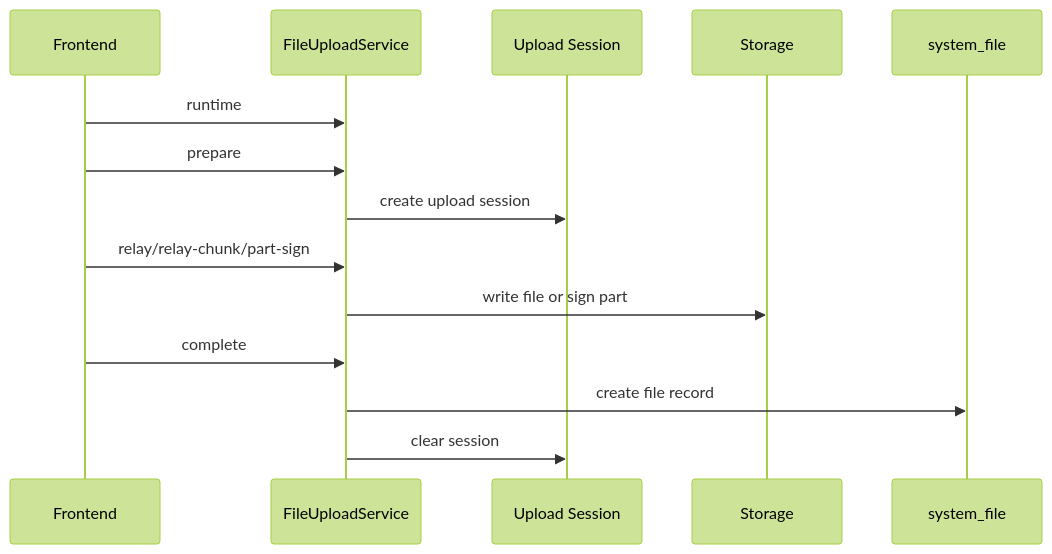
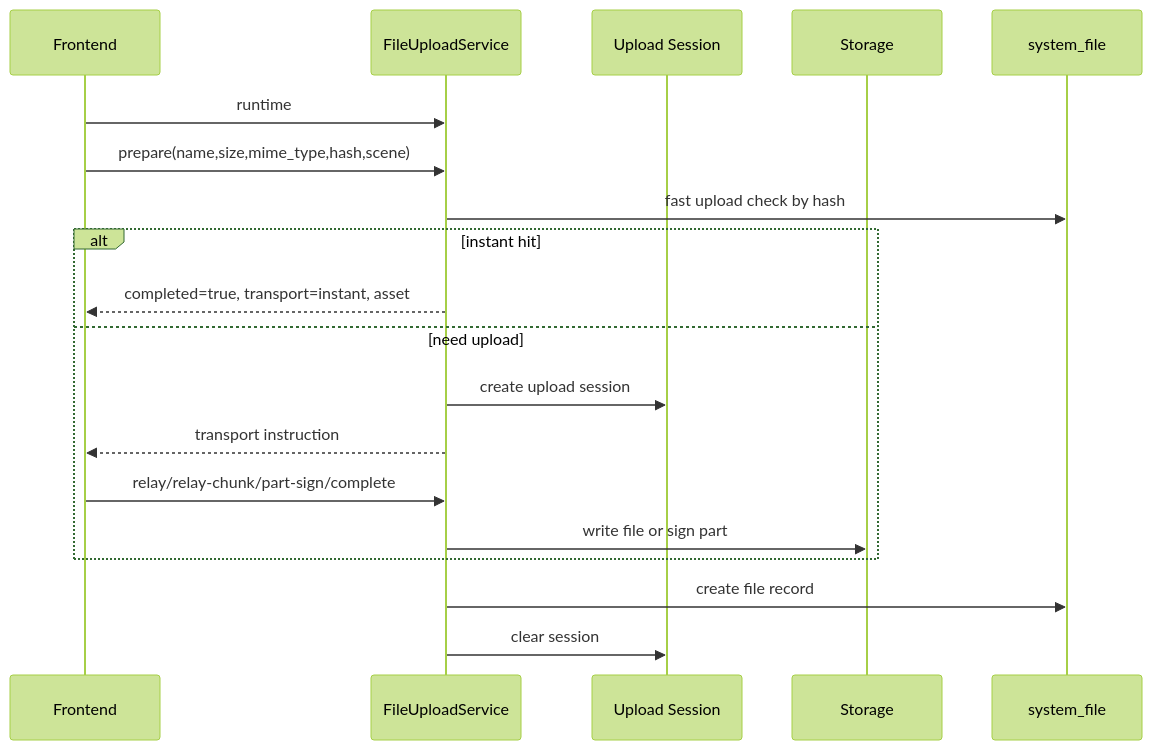
One commit to zoujingli/SmartAdmin changed the diagram in docs/系统功能/文件上传与存储.md. Above: the diagram before and after it, drawn with Mermaid (forest theme). The commit also changed other lines of this file and 48 other files, not shown here.

````diff
--- a/docs/系统功能/文件上传与存储.md
+++ b/docs/系统功能/文件上传与存储.md
@@ -69,17 +71,22 @@
 ```mermaid
 sequenceDiagram
   participant Web as Frontend
   participant API as FileUploadService
   participant Cache as Upload Session
   participant Store as Storage
   participant DB as system_file
 
   Web->>API: runtime
-  Web->>API: prepare
-  API->>Cache: create upload session
-  Web->>API: relay/relay-chunk/part-sign
-  API->>Store: write file or sign part
-  Web->>API: complete
+  Web->>API: prepare(name,size,mime_type,hash,scene)
+  API->>DB: fast upload check by hash
+  alt instant hit
+    API-->>Web: completed=true, transport=instant, asset
+  else need upload
+    API->>Cache: create upload session
+    API-->>Web: transport instruction
+    Web->>API: relay/relay-chunk/part-sign/complete
+    API->>Store: write file or sign part
+  end
   API->>DB: create file record
   API->>Cache: clear session
 ```
````
